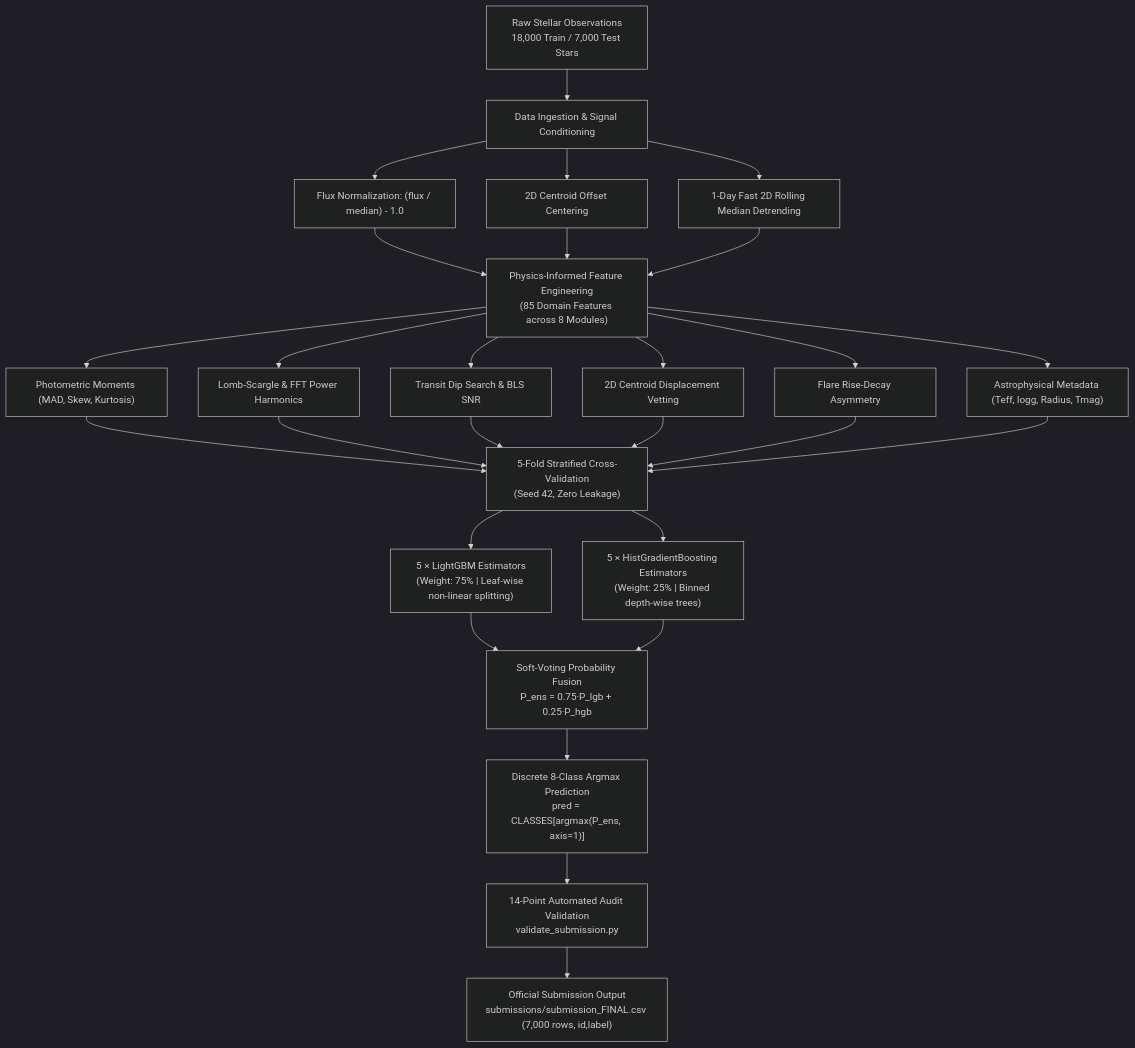
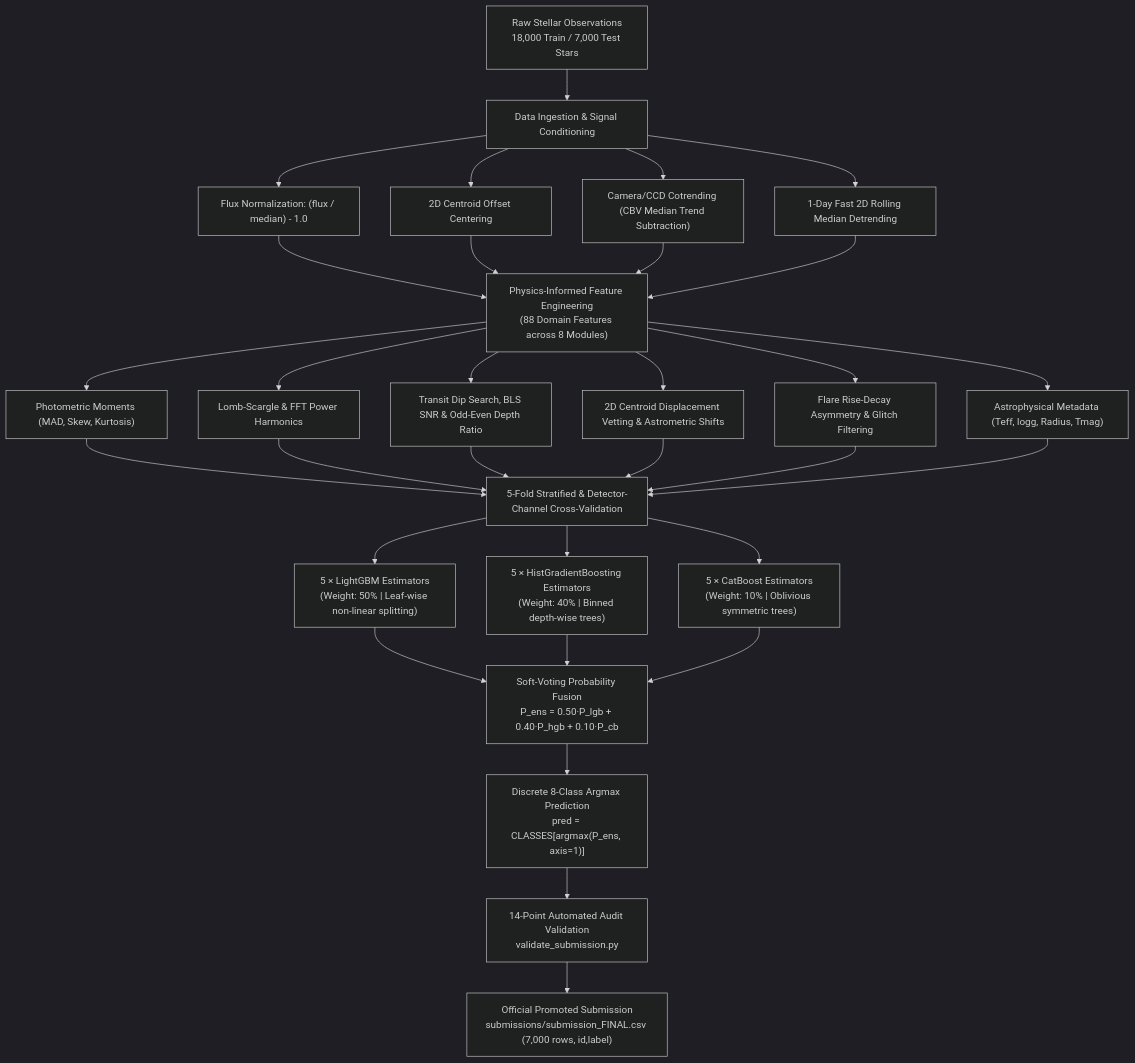
One commit to karan-rajput872/Planet-Hunters-Round1 changed the diagram in docs/ARCHITECTURE.md. Above: the diagram before and after it, drawn with Mermaid (dark theme). The commit also changed other lines of this file and 45 other files, not shown here.

````diff
--- a/docs/ARCHITECTURE.md
+++ b/docs/ARCHITECTURE.md
@@ -30,25 +30,27 @@
 ```mermaid
 graph TD
     A["Raw Stellar Observations<br>18,000 Train / 7,000 Test Stars"] --> B["Data Ingestion & Signal Conditioning"]
     B --> B1["Flux Normalization: (flux / median) - 1.0"]
     B --> B2["2D Centroid Offset Centering"]
-    B --> B3["1-Day Fast 2D Rolling Median Detrending"]
+    B --> B3["Camera/CCD Cotrending (CBV Median Trend Subtraction)"]
+    B --> B4["1-Day Fast 2D Rolling Median Detrending"]
 
-    B1 & B2 & B3 --> C["Physics-Informed Feature Engineering<br>(85 Domain Features across 8 Modules)"]
+    B1 & B2 & B3 & B4 --> C["Physics-Informed Feature Engineering<br>(88 Domain Features across 8 Modules)"]
     C --> C1["Photometric Moments (MAD, Skew, Kurtosis)"]
     C --> C2["Lomb-Scargle & FFT Power Harmonics"]
-    C --> C3["Transit Dip Search & BLS SNR"]
-    C --> C4["2D Centroid Displacement Vetting"]
-    C --> C5["Flare Rise-Decay Asymmetry"]
+    C --> C3["Transit Dip Search, BLS SNR & Odd-Even Depth Ratio"]
+    C --> C4["2D Centroid Displacement Vetting & Astrometric Shifts"]
+    C --> C5["Flare Rise-Decay Asymmetry & Glitch Filtering"]
     C --> C6["Astrophysical Metadata (Teff, logg, Radius, Tmag)"]
 
-    C1 & C2 & C3 & C4 & C5 & C6 --> D["5-Fold Stratified Cross-Validation<br>(Seed 42, Zero Leakage)"]
+    C1 & C2 & C3 & C4 & C5 & C6 --> D["5-Fold Stratified & Detector-Channel Cross-Validation"]
 
-    D --> E1["5 × LightGBM Estimators<br>(Weight: 75% | Leaf-wise non-linear splitting)"]
-    D --> E2["5 × HistGradientBoosting Estimators<br>(Weight: 25% | Binned depth-wise trees)"]
+    D --> E1["5 × LightGBM Estimators<br>(Weight: 50% | Leaf-wise non-linear splitting)"]
+    D --> E2["5 × HistGradientBoosting Estimators<br>(Weight: 40% | Binned depth-wise trees)"]
+    D --> E3["5 × CatBoost Estimators<br>(Weight: 10% | Oblivious symmetric trees)"]
 
-    E1 & E2 --> F["Soft-Voting Probability Fusion<br>P_ens = 0.75·P_lgb + 0.25·P_hgb"]
+    E1 & E2 & E3 --> F["Soft-Voting Probability Fusion<br>P_ens = 0.50·P_lgb + 0.40·P_hgb + 0.10·P_cb"]
     F --> G["Discrete 8-Class Argmax Prediction<br>pred = CLASSES[argmax(P_ens, axis=1)]"]
     G --> H["14-Point Automated Audit Validation<br>validate_submission.py"]
-    H --> I["Official Submission Output<br>submissions/submission_FINAL.csv (7,000 rows, id,label)"]
+    H --> I["Official Promoted Submission<br>submissions/submission_FINAL.csv (7,000 rows, id,label)"]
 ```
````
